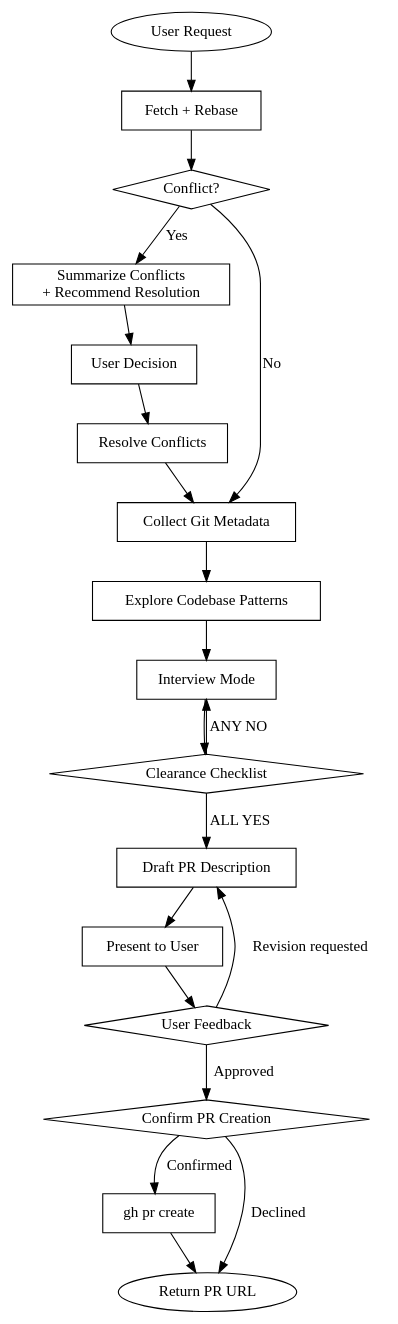
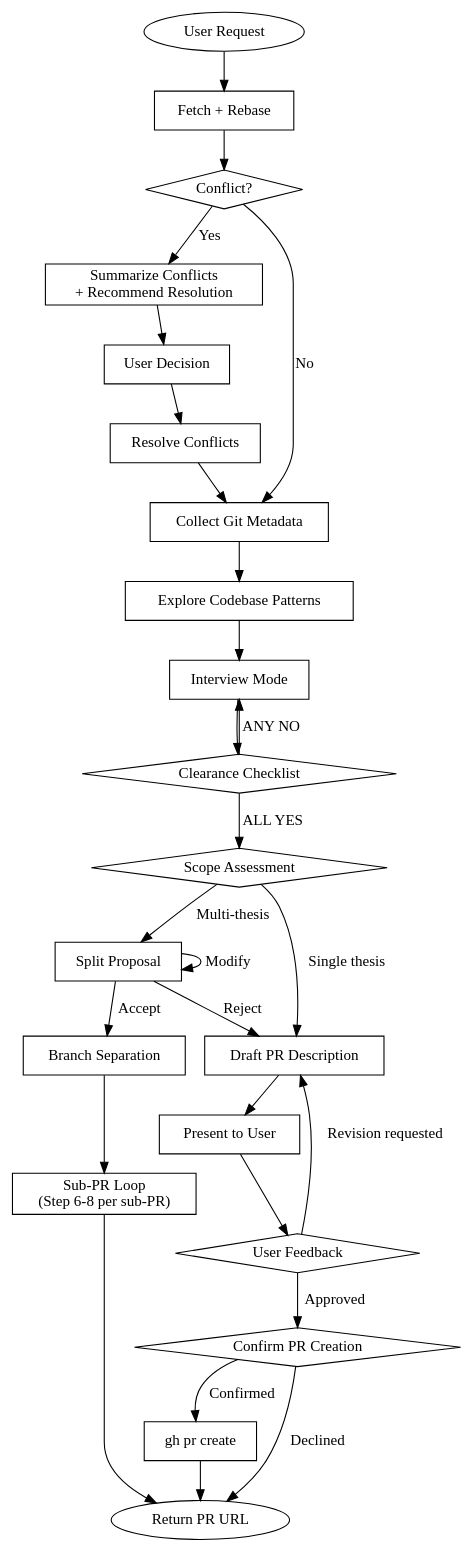
Before and after one commit to toongri/oh-my-toong-playground: the diagram in skills/make-pr/SKILL.md, drawn with Graphviz. The commit also changed other lines of this file, not shown here.

Commit message:
feat: make-pr Step 5 Scope Assessment 추가 및 스텝 재번호

````diff
--- a/skills/make-pr/SKILL.md
+++ b/skills/make-pr/SKILL.md
@@ -61,42 +61,53 @@
 ```dot
 digraph make_pr_flow {
     rankdir=TB;
 
     "User Request" [shape=ellipse];
     "Fetch + Rebase" [shape=box];
     "Conflict?" [shape=diamond];
     "Summarize Conflicts\n+ Recommend Resolution" [shape=box];
     "User Decision" [shape=box];
     "Resolve Conflicts" [shape=box];
     "Collect Git Metadata" [shape=box];
     "Explore Codebase Patterns" [shape=box];
     "Interview Mode" [shape=box];
     "Clearance Checklist" [shape=diamond];
+    "Scope Assessment" [shape=diamond];
+    "Split Proposal" [shape=box];
+    "Branch Separation" [shape=box];
+    "Sub-PR Loop\n(Step 6-8 per sub-PR)" [shape=box];
     "Draft PR Description" [shape=box];
     "Present to User" [shape=box];
     "User Feedback" [shape=diamond];
     "Confirm PR Creation" [shape=diamond];
     "gh pr create" [shape=box];
     "Return PR URL" [shape=ellipse];
 
     "User Request" -> "Fetch + Rebase";
     "Fetch + Rebase" -> "Conflict?";
     "Conflict?" -> "Collect Git Metadata" [label="No"];
     "Conflict?" -> "Summarize Conflicts\n+ Recommend Resolution" [label="Yes"];
     "Summarize Conflicts\n+ Recommend Resolution" -> "User Decision";
     "User Decision" -> "Resolve Conflicts";
     "Resolve Conflicts" -> "Collect Git Metadata";
     "Collect Git Metadata" -> "Explore Codebase Patterns";
     "Explore Codebase Patterns" -> "Interview Mode";
     "Interview Mode" -> "Clearance Checklist";
     "Clearance Checklist" -> "Interview Mode" [label="ANY NO"];
-    "Clearance Checklist" -> "Draft PR Description" [label="ALL YES"];
+    "Clearance Checklist" -> "Scope Assessment" [label="ALL YES"];
+    "Scope Assessment" -> "Draft PR Description" [label="Single thesis"];
+    "Scope Assessment" -> "Split Proposal" [label="Multi-thesis"];
+    "Split Proposal" -> "Branch Separation" [label="Accept"];
+    "Split Proposal" -> "Draft PR Description" [label="Reject"];
+    "Split Proposal" -> "Split Proposal" [label="Modify"];
+    "Branch Separation" -> "Sub-PR Loop\n(Step 6-8 per sub-PR)";
+    "Sub-PR Loop\n(Step 6-8 per sub-PR)" -> "Return PR URL";
     "Draft PR Description" -> "Present to User";
     "Present to User" -> "User Feedback";
     "User Feedback" -> "Draft PR Description" [label="Revision requested"];
     "User Feedback" -> "Confirm PR Creation" [label="Approved"];
     "Confirm PR Creation" -> "Return PR URL" [label="Declined"];
     "Confirm PR Creation" -> "gh pr create" [label="Confirmed"];
     "gh pr create" -> "Return PR URL";
 }
 ```
````
